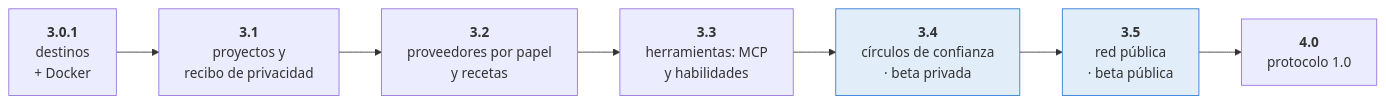
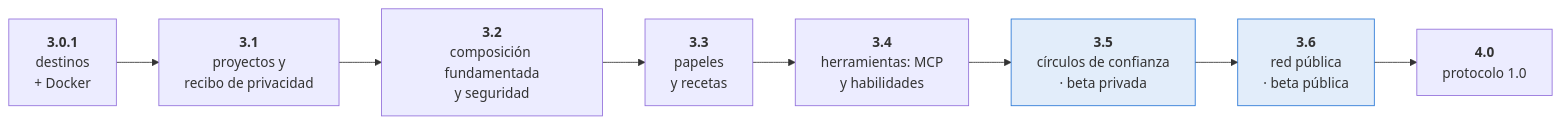
Before and after one commit to Sebastardito/SwarmblyAI: the tenth of 10 diagrams in README.md, drawn with Mermaid. The commit also changed other lines of this file and 1 other file, not shown here.

Commit message:
Roadmap: 3.2 is grounded composition and safety; roles and recipes move to 3.3, later versions one number on
Decision of 15 November 2026. 3.2 is measured on the open battery and the
sealed banks; 3.3 takes the role registry, Anthropic, the four recipes, the
fact sheet and claim verifier, the held-out set and the receipt test.

````diff
--- a/README.md
+++ b/README.md
@@ -585,11 +586,12 @@
 ```mermaid
 flowchart LR
   A["<b>3.0.1</b><br/>destinos<br/>+ Docker"] --> B["<b>3.1</b><br/>proyectos y<br/>recibo de privacidad"]
-  B --> C["<b>3.2</b><br/>proveedores por papel<br/>y recetas"]
-  C --> D["<b>3.3</b><br/>herramientas: MCP<br/>y habilidades"]
-  D --> E["<b>3.4</b><br/>círculos de confianza<br/>· beta privada"]
-  E --> F["<b>3.5</b><br/>red pública<br/>· beta pública"]
+  B --> C["<b>3.2</b><br/>composición fundamentada<br/>y seguridad"]
+  C --> C2["<b>3.3</b><br/>papeles<br/>y recetas"]
+  C2 --> D["<b>3.4</b><br/>herramientas: MCP<br/>y habilidades"]
+  D --> E["<b>3.5</b><br/>círculos de confianza<br/>· beta privada"]
+  E --> F["<b>3.6</b><br/>red pública<br/>· beta pública"]
   F --> G["<b>4.0</b><br/>protocolo 1.0"]
   style E fill:#2a78d622,stroke:#2a78d6
   style F fill:#2a78d622,stroke:#2a78d6
 ```
````
